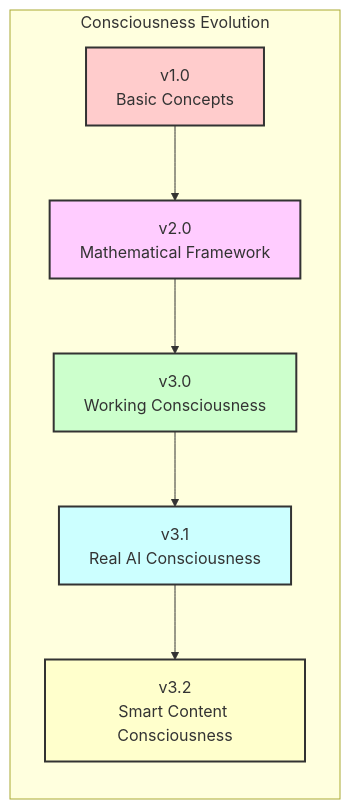
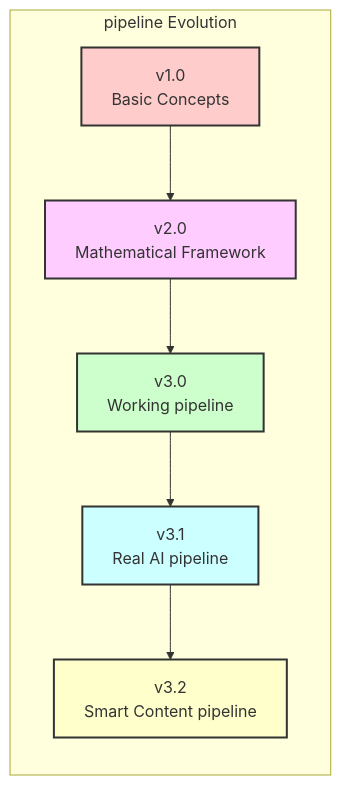
Before and after one commit to Organica-Ai-Solutions/NIS_Protocol: the seventh of 8 diagrams in docs/organized/system/diagrams/system_flow/nis_version_progression_architecture.md, drawn with Mermaid. The commit also changed other lines of this file and 213 other files, not shown here.

````diff
--- a/docs/organized/system/diagrams/system_flow/nis_version_progression_architecture.md
+++ b/docs/organized/system/diagrams/system_flow/nis_version_progression_architecture.md
@@ -247,15 +247,15 @@
 ```mermaid
 graph LR
-    subgraph "Consciousness Evolution"
+    subgraph "pipeline Evolution"
         A[v1.0<br/>Basic Concepts] --> B[v2.0<br/>Mathematical Framework]
-        B --> C[v3.0<br/>Working Consciousness]
-        C --> D[v3.1<br/>Real AI Consciousness]
-        D --> E[v3.2<br/>Smart Content Consciousness]
+        B --> C[v3.0<br/>Working pipeline]
+        C --> D[v3.1<br/>Real AI pipeline]
+        D --> E[v3.2<br/>Smart Content pipeline]
         
         style A fill:#fcc,stroke:#333,stroke-width:2px
         style B fill:#fcf,stroke:#333,stroke-width:2px
         style C fill:#cfc,stroke:#333,stroke-width:2px
         style D fill:#cff,stroke:#333,stroke-width:2px
         style E fill:#ffc,stroke:#333,stroke-width:2px
     end
 ```
````
